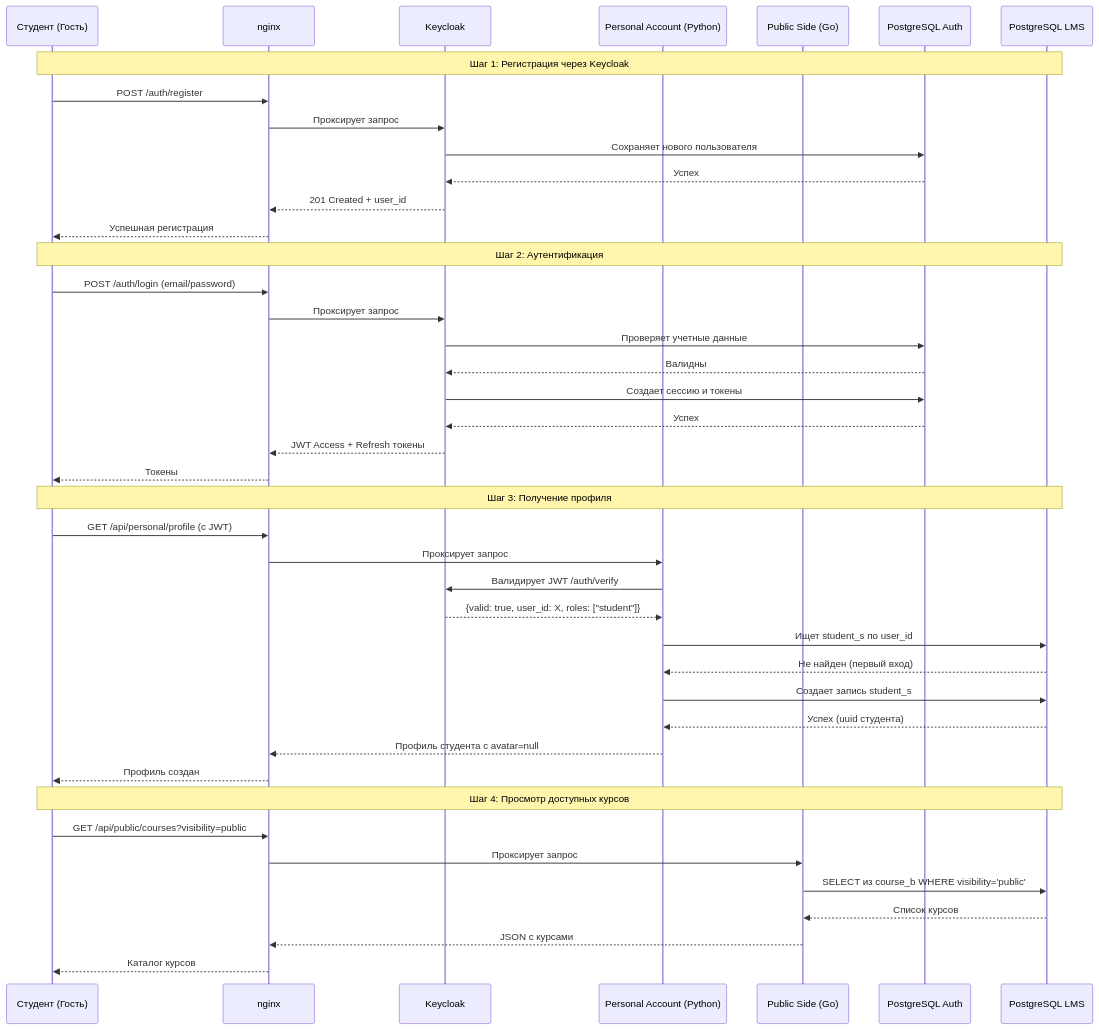
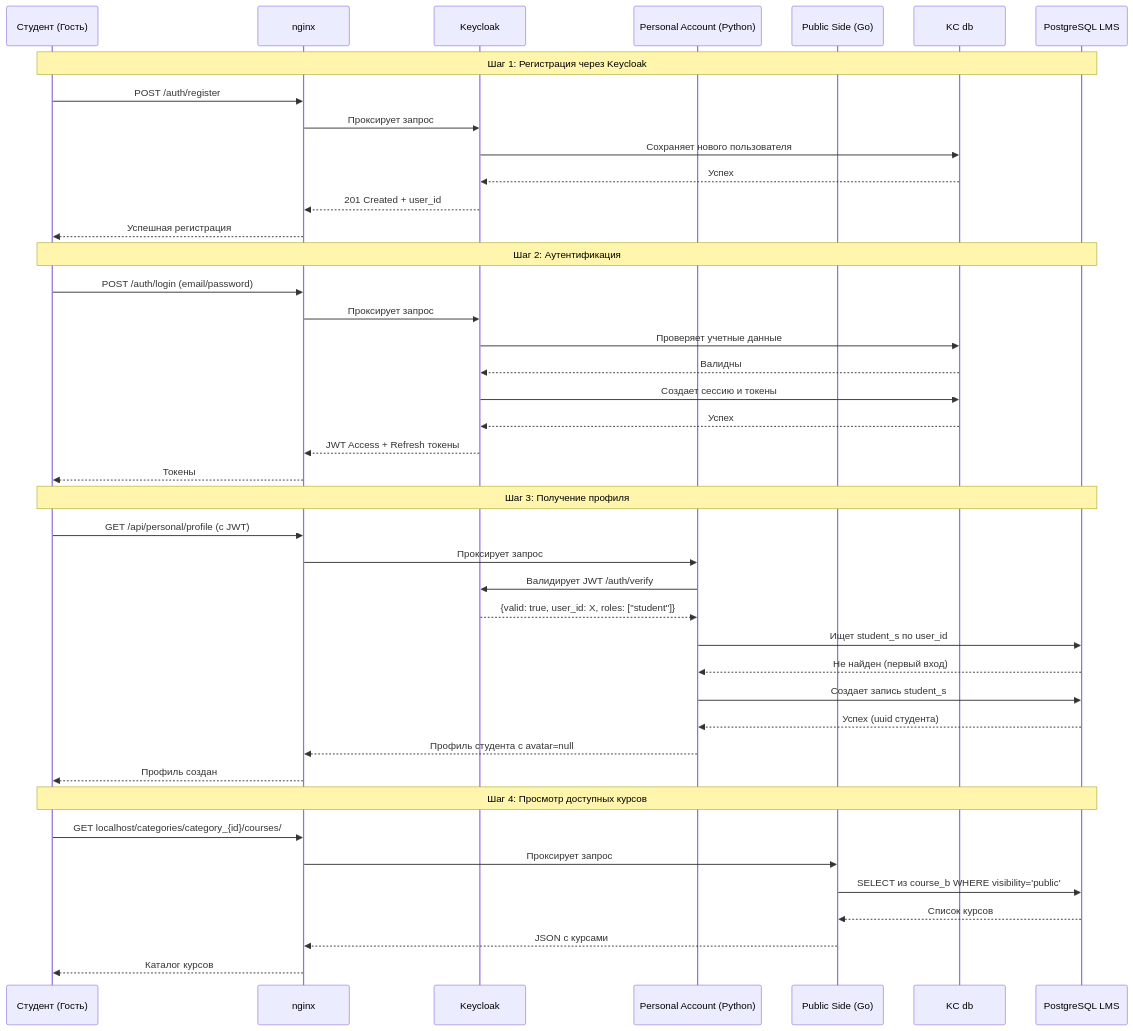
Before and after one commit to TaurineMerge/LMS_Tages: the diagram in docs/content/sequence-auth.md, drawn with Mermaid. The commit also changed 77 other files, not shown here.

Commit message:
Добавлены все необходимые диаграммы во все модули, обновлена цветовая гамма статичного сайта и добавлена эмблема в header

```diff
--- a/docs/content/sequence-auth.md
+++ b/docs/content/sequence-auth.md
@@ -9,50 +9,50 @@
 {{< mermaid >}}
 
 sequenceDiagram
     participant С as Студент (Гость)
     participant N as nginx
     participant K as Keycloak
     participant PA as Personal Account (Python)
     participant PS as Public Side (Go)
-    participant DB_A as PostgreSQL Auth
+    participant DB_A as KC db
     participant DB_L as PostgreSQL LMS
     
     Note over С,DB_L: Шаг 1: Регистрация через Keycloak
     С->>N: POST /auth/register
     N->>K: Проксирует запрос
     K->>DB_A: Сохраняет нового пользователя
     DB_A-->>K: Успех
     K-->>N: 201 Created + user_id
     N-->>С: Успешная регистрация
     
     Note over С,DB_L: Шаг 2: Аутентификация
     С->>N: POST /auth/login (email/password)
     N->>K: Проксирует запрос
     K->>DB_A: Проверяет учетные данные
     DB_A-->>K: Валидны
     K->>DB_A: Создает сессию и токены
     DB_A-->>K: Успех
     K-->>N: JWT Access + Refresh токены
     N-->>С: Токены
     
     Note over С,DB_L: Шаг 3: Получение профиля
     С->>N: GET /api/personal/profile (с JWT)
     N->>PA: Проксирует запрос
     PA->>K: Валидирует JWT /auth/verify
     K-->>PA: {valid: true, user_id: X, roles: ["student"]}
     PA->>DB_L: Ищет student_s по user_id
     DB_L-->>PA: Не найден (первый вход)
     PA->>DB_L: Создает запись student_s
     DB_L-->>PA: Успех (uuid студента)
     PA-->>N: Профиль студента с avatar=null
     N-->>С: Профиль создан
     
     Note over С,DB_L: Шаг 4: Просмотр доступных курсов
-    С->>N: GET /api/public/courses?visibility=public
+    С->>N: GET localhost/categories/category_{id}/courses/
     N->>PS: Проксирует запрос
     PS->>DB_L: SELECT из course_b WHERE visibility='public'
     DB_L-->>PS: Список курсов
     PS-->>N: JSON с курсами
     N-->>С: Каталог курсов
 
 {{< /mermaid >}}
```
